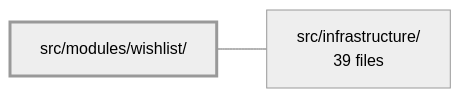
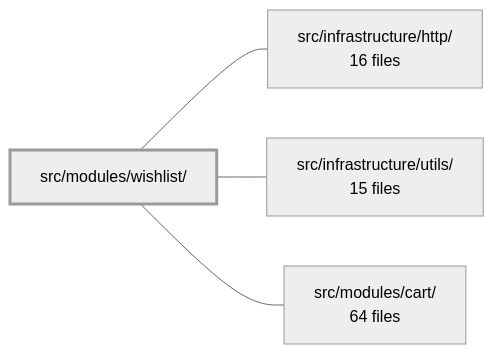
One commit to Guebbit/boilerplate-vue-frontend changed the diagram in .2brain/modules/boilerplate-vue-frontend_src_modules_wishlist.md. Above: the diagram before and after it, drawn with Mermaid (neutral theme). The commit also changed other lines of this file and 960 other files, not shown here.

````diff
--- a/.2brain/modules/boilerplate-vue-frontend_src_modules_wishlist.md
+++ b/.2brain/modules/boilerplate-vue-frontend_src_modules_wishlist.md
@@ -37,7 +37,11 @@
 ```mermaid
 flowchart LR
     m_src_modules_wishlist["src/modules/wishlist/"]
-    m_src_infrastructure["src/infrastructure/<br/>39 files"]
-    m_src_modules_wishlist --- m_src_infrastructure
+    m_src_infrastructure_http["src/infrastructure/http/<br/>16 files"]
+    m_src_infrastructure_utils["src/infrastructure/utils/<br/>15 files"]
+    m_src_modules_cart["src/modules/cart/<br/>64 files"]
+    m_src_modules_wishlist --- m_src_infrastructure_http
+    m_src_modules_wishlist --- m_src_infrastructure_utils
+    m_src_modules_wishlist --- m_src_modules_cart
     style m_src_modules_wishlist stroke-width:3px
 ```
````
